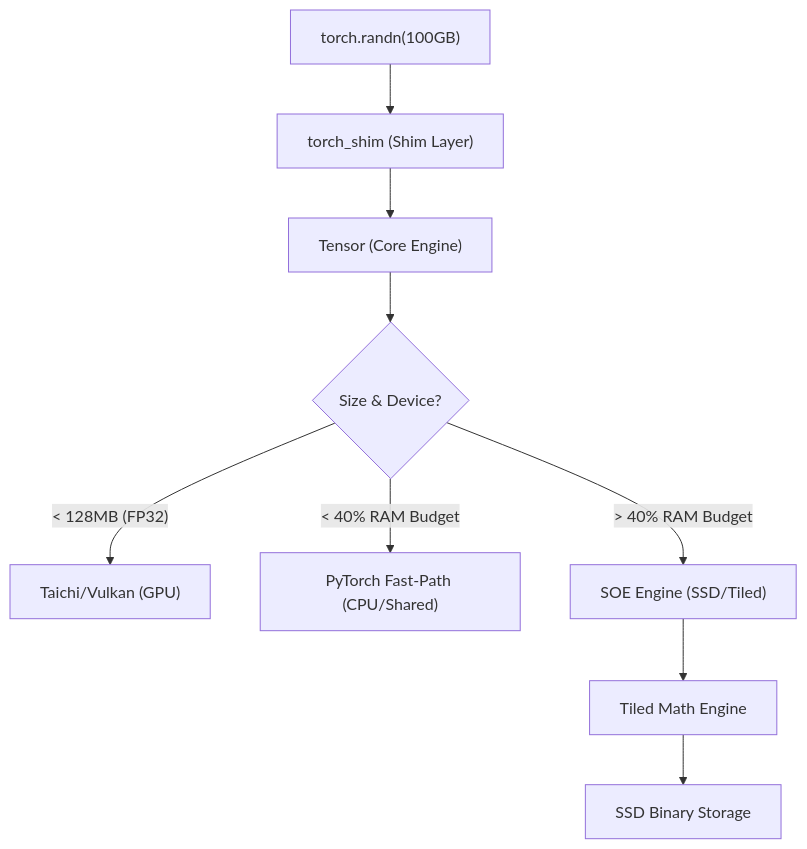
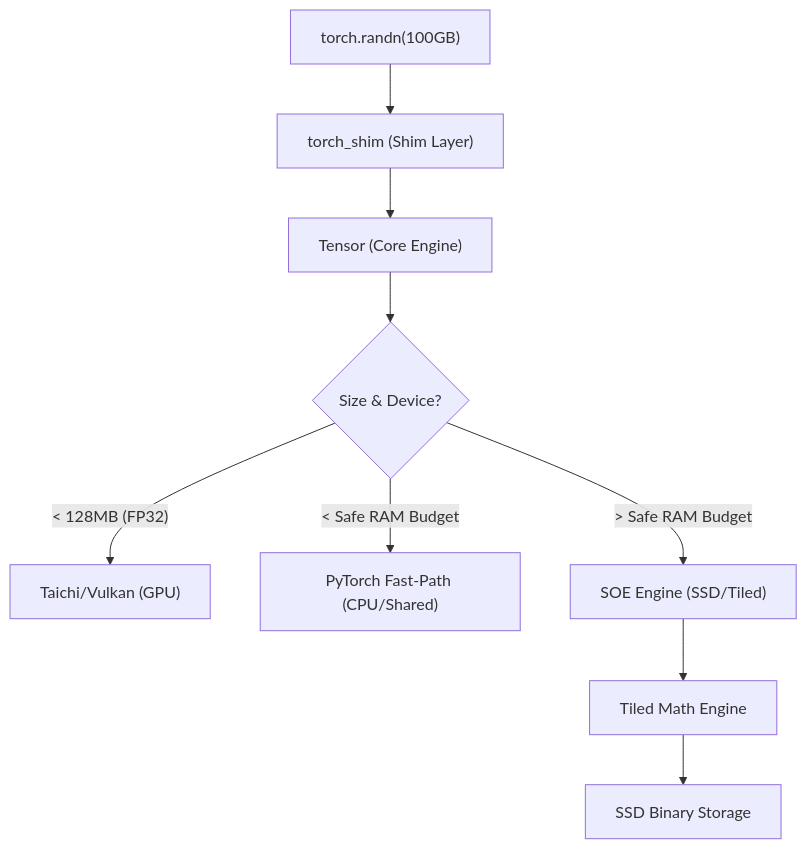
Before and after one commit to slavek-is-hyperreal/OxTorch: the diagram in docs/architecture.md, drawn with Mermaid. The commit also changed other lines of this file and 5 other files, not shown here.

````diff
--- a/docs/architecture.md
+++ b/docs/architecture.md
@@ -5,13 +5,13 @@
 ```mermaid
 graph TD
     User["torch.randn(100GB)"] --> Shim["torch_shim (Shim Layer)"]
     Shim --> Tensor["Tensor (Core Engine)"]
     Tensor --> Decision{"Size & Device?"}
     
     Decision -- "< 128MB (FP32)" --> Vulkan["Taichi/Vulkan (GPU)"]
-    Decision -- "< 40% RAM Budget" --> Hybrid["PyTorch Fast-Path (CPU/Shared)"]
-    Decision -- "> 40% RAM Budget" --> ARAS["SOE Engine (SSD/Tiled)"]
+    Decision -- "< Safe RAM Budget" --> Hybrid["PyTorch Fast-Path (CPU/Shared)"]
+    Decision -- "> Safe RAM Budget" --> ARAS["SOE Engine (SSD/Tiled)"]
     
     ARAS --> Tiled["Tiled Math Engine"]
     Tiled --> SSD["SSD Binary Storage"]
 ```
````
